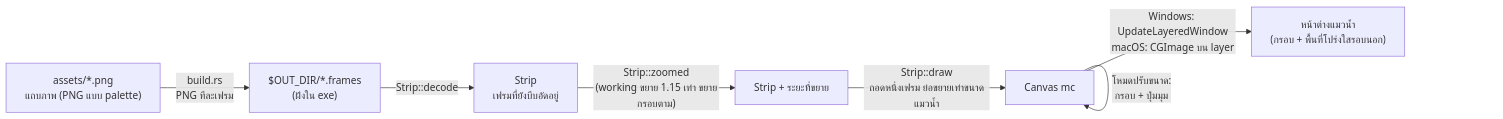
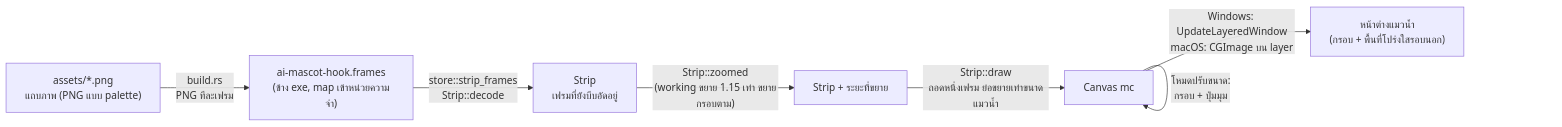
Before and after one commit to thanachaiakt/ai-mascot-hook: the fifth of 7 diagrams in docs/th/architecture.md, drawn with Mermaid. The commit also changed 18 other files, not shown here.

````diff
--- a/docs/th/architecture.md
+++ b/docs/th/architecture.md
@@ -168,9 +168,9 @@
 ```mermaid
 flowchart LR
-    png["assets/*.png<br/>แถบภาพ (PNG แบบ palette)"] -- "build.rs<br/>PNG ทีละเฟรม" --> frames["$OUT_DIR/*.frames<br/>(ฝังใน exe)"]
-    frames -- "Strip::decode" --> strip["Strip<br/>เฟรมที่ยังบีบอัดอยู่"]
+    png["assets/*.png<br/>แถบภาพ (PNG แบบ palette)"] -- "build.rs<br/>PNG ทีละเฟรม" --> frames["ai-mascot-hook.frames<br/>(ข้าง exe, map เข้าหน่วยความจำ)"]
+    frames -- "store::strip_frames<br/>Strip::decode" --> strip["Strip<br/>เฟรมที่ยังบีบอัดอยู่"]
     strip -- "Strip::zoomed<br/>(working ขยาย 1.15 เท่า ขยายกรอบตาม)" --> strip2["Strip + ระยะที่ขยาย"]
     strip2 -- "Strip::draw<br/>ถอดหนึ่งเฟรม ย่อขยายเท่าขนาดแมวน้ำ" --> mc["Canvas mc"]
     mc -- "โหมดปรับขนาด:<br/>กรอบ + ปุ่มมุม" --> mc
     mc -- "Windows: UpdateLayeredWindow<br/>macOS: CGImage บน layer" --> win["หน้าต่างแมวน้ำ<br/>(กรอบ + พื้นที่โปร่งใสรอบนอก)"]
 ```
````
